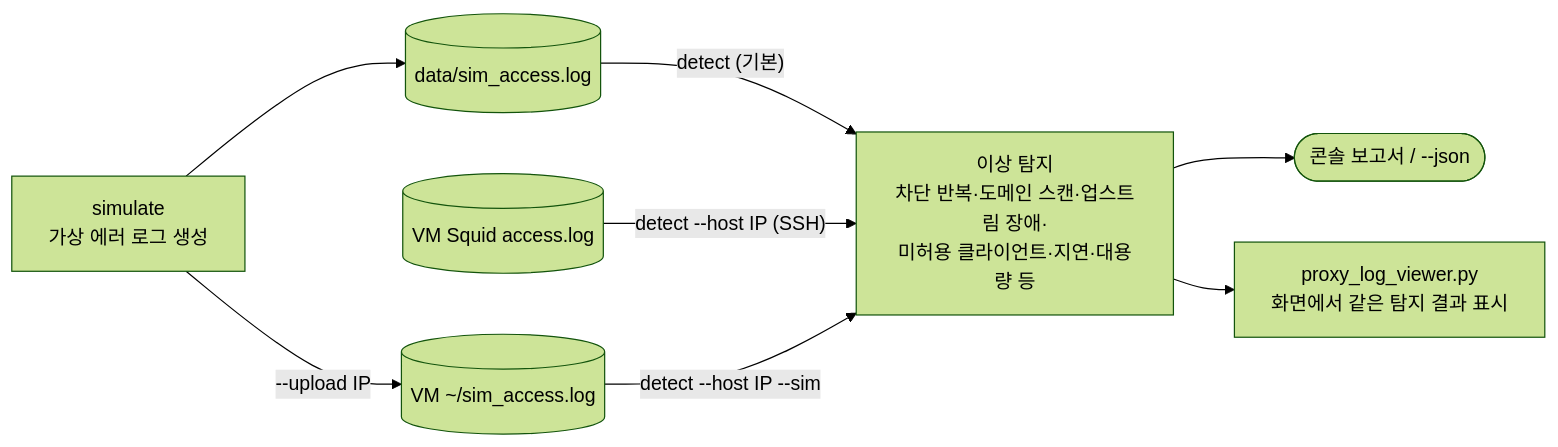
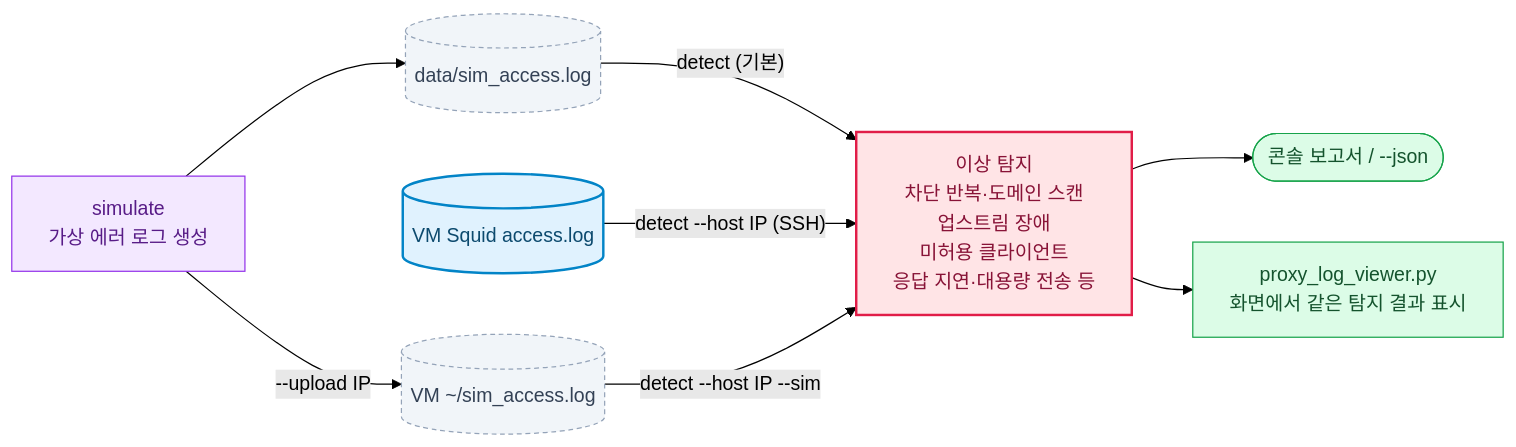
One commit to pcmola/ai-master changed the sixth of 6 diagrams in README.md. Above: the diagram before and after it, drawn with Mermaid (forest theme). The commit also changed other lines of this file, not shown here.

````diff
--- a/README.md
+++ b/README.md
@@ -230,11 +296,22 @@
 ```mermaid
 flowchart LR
     sim["simulate<br/>가상 에러 로그 생성"] --> local[("data/sim_access.log")]
     sim -- "--upload IP" --> vmsim[("VM ~/sim_access.log")]
     real[("VM Squid access.log")]
-    local -- "detect (기본)" --> det["이상 탐지<br/>차단 반복·도메인 스캔·업스트림 장애·<br/>미허용 클라이언트·지연·대용량 등"]
+    local -- "detect (기본)" --> det["이상 탐지<br/>차단 반복·도메인 스캔<br/>업스트림 장애<br/>미허용 클라이언트<br/>응답 지연·대용량 전송 등"]
     real -- "detect --host IP (SSH)" --> det
     vmsim -- "detect --host IP --sim" --> det
     det --> report(["콘솔 보고서 / --json"])
     det --> viewer["proxy_log_viewer.py<br/>화면에서 같은 탐지 결과 표시"]
+
+    classDef gen fill:#F3E8FF,stroke:#9333EA,color:#581C87
+    classDef sim fill:#F1F5F9,stroke:#94A3B8,stroke-dasharray:4 3,color:#334155
+    classDef real fill:#E0F2FE,stroke:#0284C7,stroke-width:2px,color:#0C4A6E
+    classDef detect fill:#FFE4E6,stroke:#E11D48,stroke-width:2px,color:#881337
+    classDef done fill:#DCFCE7,stroke:#16A34A,color:#14532D
+    class sim gen
+    class local,vmsim sim
+    class real real
+    class det detect
+    class report,viewer done
 ```
````
